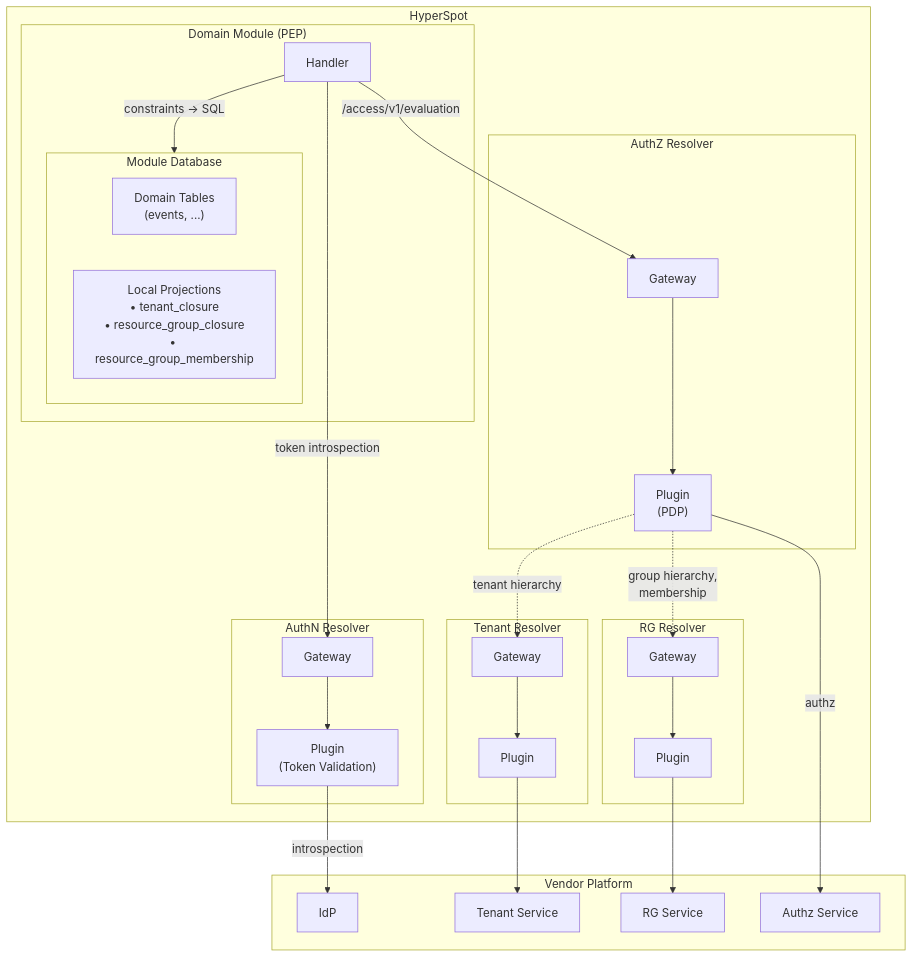
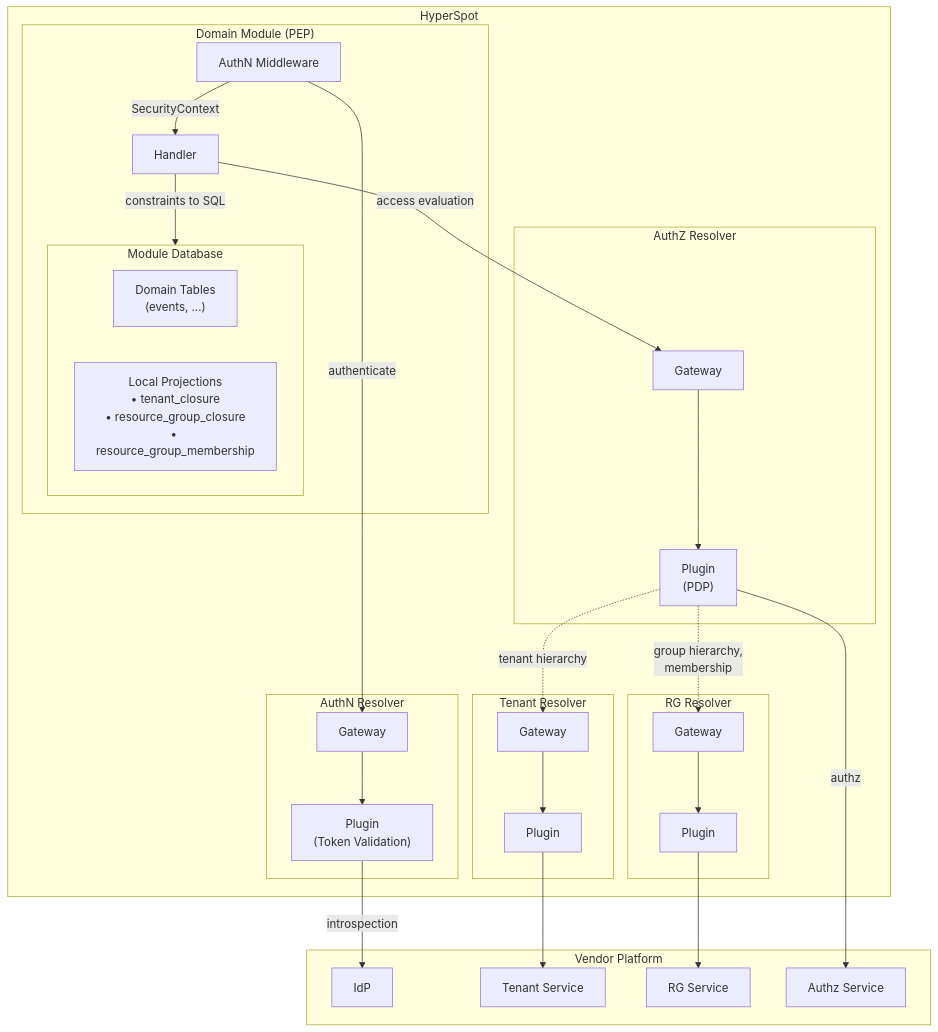
The second of 4 diagrams in docs/authorization/AUTH.md (aviator5/hyperspot), drawn with Mermaid before and after one commit. The commit also changed other lines of this file and 1 other file, not shown here.

````diff
--- a/docs/authorization/AUTH.md
+++ b/docs/authorization/AUTH.md
@@ -186,62 +186,64 @@
 ```mermaid
 flowchart TB
     subgraph Vendor["Vendor Platform"]
         IdP["IdP"]
         TenantSvc["Tenant Service"]
         RGSvc["RG Service"]
         AuthzSvc["Authz Service"]
     end
 
     subgraph HyperSpot
         subgraph TenantResolver["Tenant Resolver"]
             TenantGW["Gateway"]
             TenantPlugin["Plugin"]
         end
 
         subgraph RGResolver["RG Resolver"]
             RGGW["Gateway"]
             RGPlugin["Plugin"]
         end
 
         subgraph AuthNResolver["AuthN Resolver"]
             AuthNGW["Gateway"]
             AuthNPlugin["Plugin<br/>(Token Validation)"]
         end
 
         subgraph AuthZResolver["AuthZ Resolver"]
             AuthZGW["Gateway"]
             AuthZPlugin["Plugin<br/>(PDP)"]
         end
 
         subgraph PEP["Domain Module (PEP)"]
+            AuthNMiddleware["AuthN Middleware"]
             Handler["Handler"]
             subgraph ModuleDB["Module Database"]
                 DomainTables["Domain Tables<br/>(events, ...)"]
                 LocalProj["Local Projections<br/>• tenant_closure<br/>• resource_group_closure<br/>• resource_group_membership"]
             end
         end
     end
 
     %% Tenant Resolver flow
     TenantGW --> TenantPlugin
     TenantPlugin --> TenantSvc
 
     %% RG Resolver flow
     RGGW --> RGPlugin
     RGPlugin --> RGSvc
 
     %% AuthN Resolver flow
+    AuthNMiddleware -->|authenticate| AuthNGW
     AuthNGW --> AuthNPlugin
     AuthNPlugin -->|introspection| IdP
 
     %% AuthZ Resolver flow
     AuthZGW --> AuthZPlugin
     AuthZPlugin -->|authz| AuthzSvc
     AuthZPlugin -.->|tenant hierarchy| TenantGW
     AuthZPlugin -.->|group hierarchy,<br/>membership| RGGW
 
     %% PEP flow
-    Handler -->|token introspection| AuthNGW
-    Handler -->|/access/v1/evaluation| AuthZGW
-    Handler -->|constraints → SQL| ModuleDB
+    AuthNMiddleware -->|SecurityContext| Handler
+    Handler -->|access evaluation| AuthZGW
+    Handler -->|constraints to SQL| ModuleDB
 ```
````
